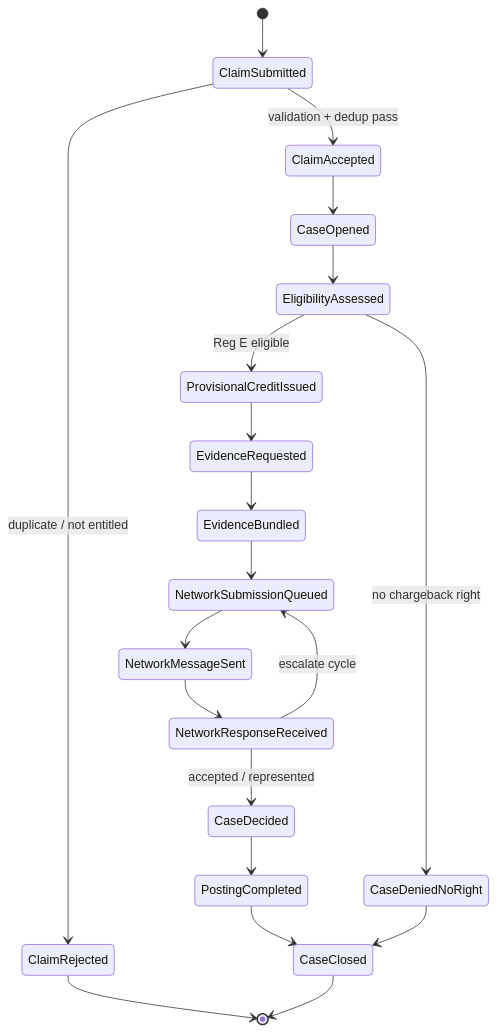
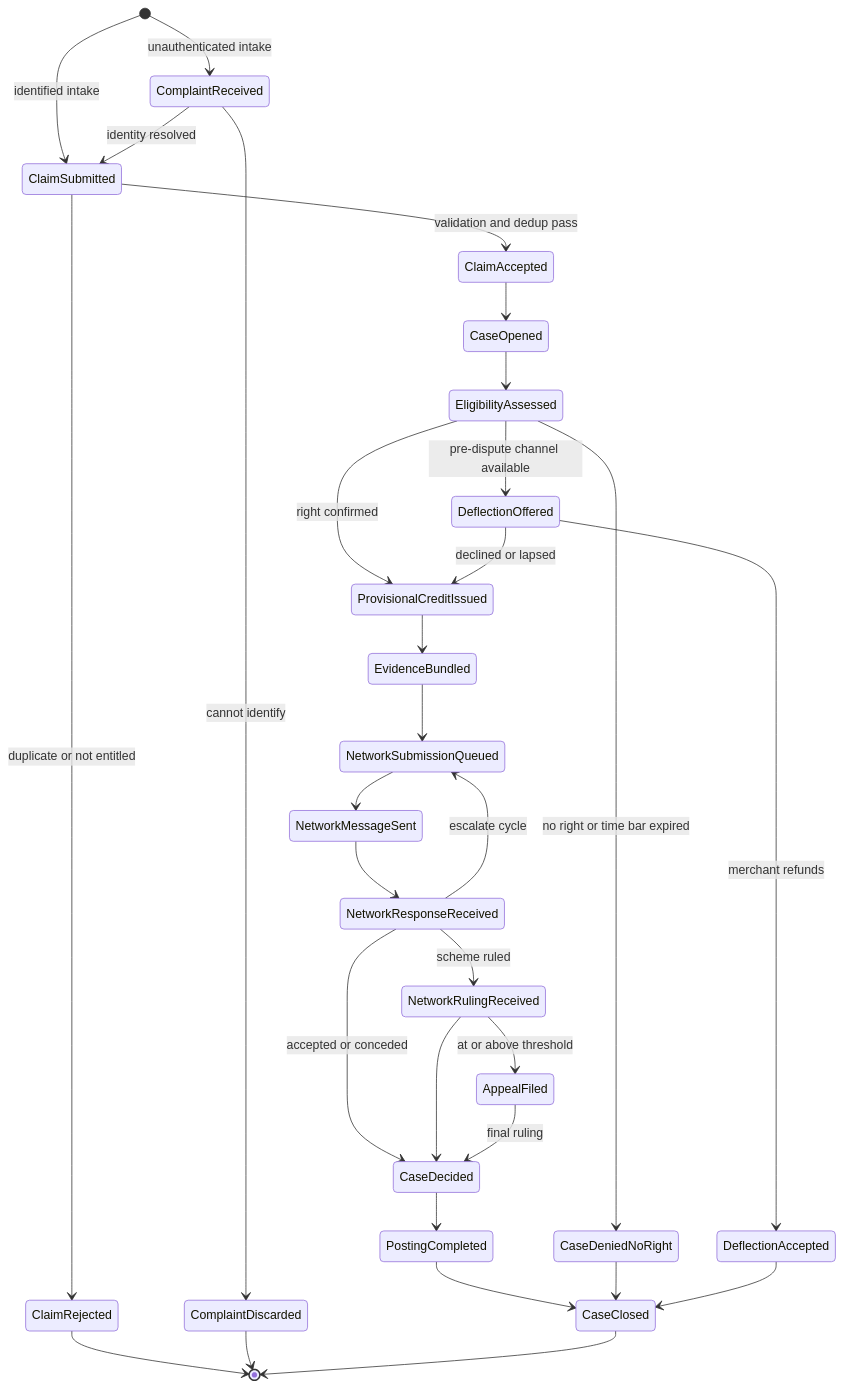
One commit to bmageshvec/poc-claims-resolution changed the seventh of 16 diagrams in docs/dispute-claims-resolution-architecture.md. Above: the diagram before and after it, drawn with Mermaid. The commit also changed other lines of this file and 32 other files, not shown here.

````diff
--- a/docs/dispute-claims-resolution-architecture.md
+++ b/docs/dispute-claims-resolution-architecture.md
@@ -804,23 +915,34 @@
 ```mermaid
 stateDiagram-v2
     direction TB
-    [*] --> ClaimSubmitted
-    ClaimSubmitted --> ClaimAccepted: validation + dedup pass
-    ClaimSubmitted --> ClaimRejected: duplicate / not entitled
+    [*] --> ComplaintReceived: unauthenticated intake
+    [*] --> ClaimSubmitted: identified intake
+    ComplaintReceived --> ClaimSubmitted: identity resolved
+    ComplaintReceived --> ComplaintDiscarded: cannot identify
+    ClaimSubmitted --> ClaimAccepted: validation and dedup pass
+    ClaimSubmitted --> ClaimRejected: duplicate or not entitled
     ClaimAccepted --> CaseOpened
     CaseOpened --> EligibilityAssessed
-    EligibilityAssessed --> ProvisionalCreditIssued: Reg E eligible
-    EligibilityAssessed --> CaseDeniedNoRight: no chargeback right
-    ProvisionalCreditIssued --> EvidenceRequested
-    EvidenceRequested --> EvidenceBundled
+    EligibilityAssessed --> DeflectionOffered: pre-dispute channel available
+    EligibilityAssessed --> CaseDeniedNoRight: no right or time bar expired
+    EligibilityAssessed --> ProvisionalCreditIssued: right confirmed
+    DeflectionOffered --> DeflectionAccepted: merchant refunds
+    DeflectionOffered --> ProvisionalCreditIssued: declined or lapsed
+    ProvisionalCreditIssued --> EvidenceBundled
     EvidenceBundled --> NetworkSubmissionQueued
     NetworkSubmissionQueued --> NetworkMessageSent
     NetworkMessageSent --> NetworkResponseReceived
-    NetworkResponseReceived --> CaseDecided: accepted / represented
+    NetworkResponseReceived --> CaseDecided: accepted or conceded
     NetworkResponseReceived --> NetworkSubmissionQueued: escalate cycle
+    NetworkResponseReceived --> NetworkRulingReceived: scheme ruled
+    NetworkRulingReceived --> AppealFiled: at or above threshold
+    NetworkRulingReceived --> CaseDecided
+    AppealFiled --> CaseDecided: final ruling
     CaseDecided --> PostingCompleted
     PostingCompleted --> CaseClosed
     CaseDeniedNoRight --> CaseClosed
+    DeflectionAccepted --> CaseClosed
     ClaimRejected --> [*]
+    ComplaintDiscarded --> [*]
     CaseClosed --> [*]
 ```
````
